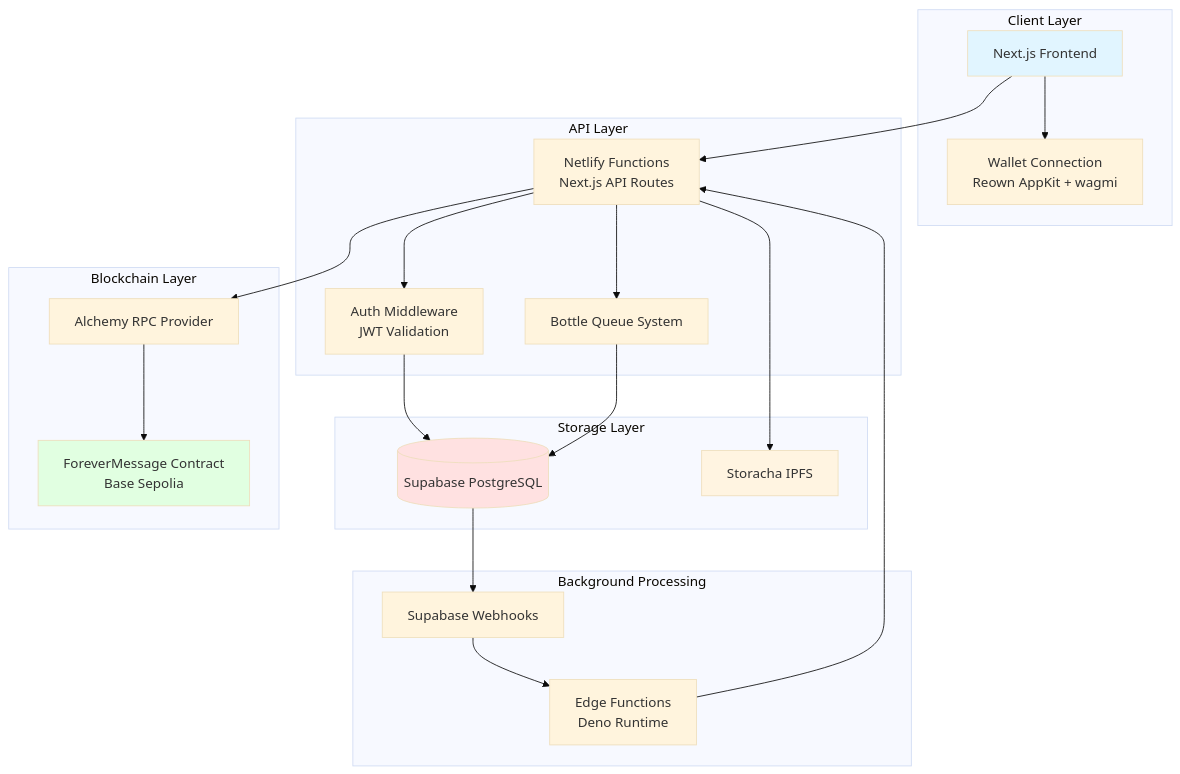
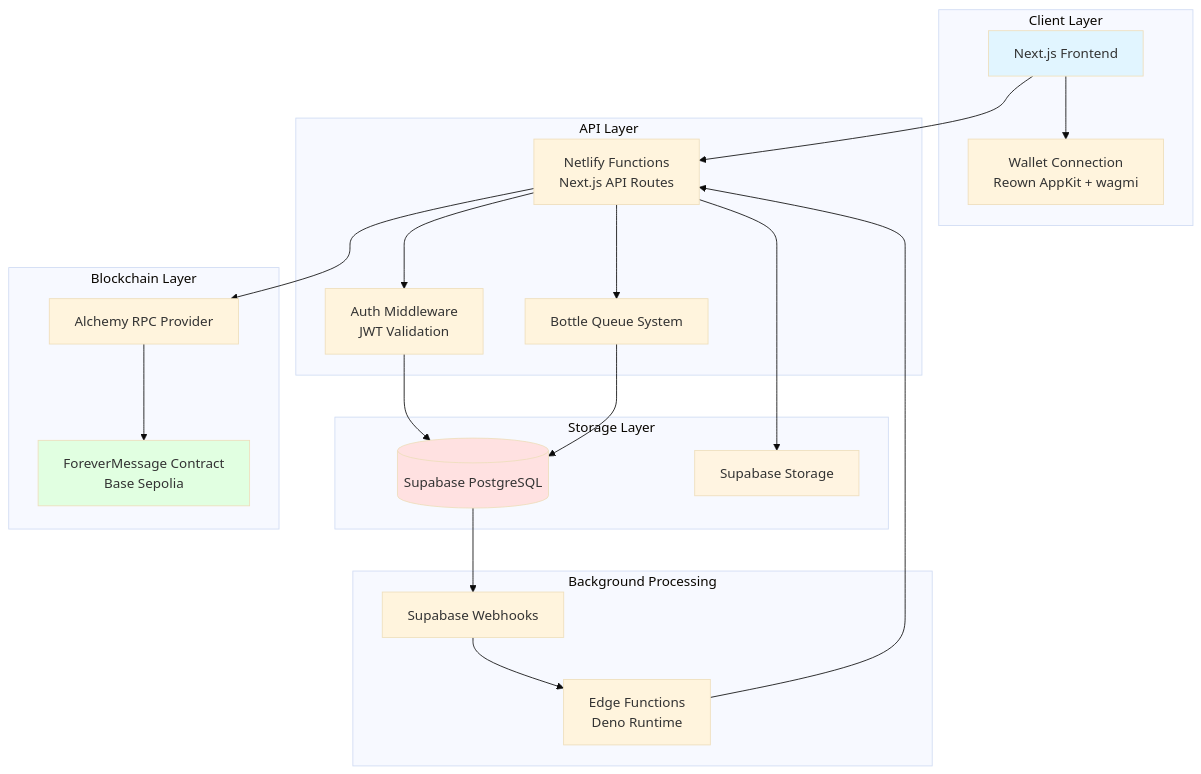
One commit to loscolmebrothers/forever-message-docs changed the first of 2 diagrams in architecture/overview.md. Above: the diagram before and after it, drawn with Mermaid (base theme). The commit also changed other lines of this file and 4 other files, not shown here.

Commit message:
docs: replace all IPFS/Filebase references with Supabase Storage

````diff
--- a/architecture/overview.md
+++ b/architecture/overview.md
@@ -9,46 +9,46 @@
 ```mermaid
 graph TB
     subgraph "Client Layer"
         UI[Next.js Frontend]
         Wallet[Wallet Connection<br/>Reown AppKit + wagmi]
     end
 
     subgraph "API Layer"
         API[Netlify Functions<br/>Next.js API Routes]
         Middleware[Auth Middleware<br/>JWT Validation]
         Queue[Bottle Queue System]
     end
 
     subgraph "Storage Layer"
         DB[(Supabase PostgreSQL)]
-        IPFS[Storacha IPFS]
+        Storage[Supabase Storage]
     end
 
     subgraph "Blockchain Layer"
         Contract[ForeverMessage Contract<br/>Base Sepolia]
         RPC[Alchemy RPC Provider]
     end
 
     subgraph "Background Processing"
         Webhook[Supabase Webhooks]
         EdgeFn[Edge Functions<br/>Deno Runtime]
     end
 
     UI --> Wallet
     UI --> API
     API --> Middleware
     Middleware --> DB
     API --> Queue
     Queue --> DB
     DB --> Webhook
     Webhook --> EdgeFn
     EdgeFn --> API
-    API --> IPFS
+    API --> Storage
     API --> RPC
     RPC --> Contract
 
     style UI fill:#e1f5ff
     style DB fill:#ffe1e1
     style Contract fill:#e1ffe1
-    style IPFS fill:#fff4e1
+    style Storage fill:#fff4e1
 ```
````
